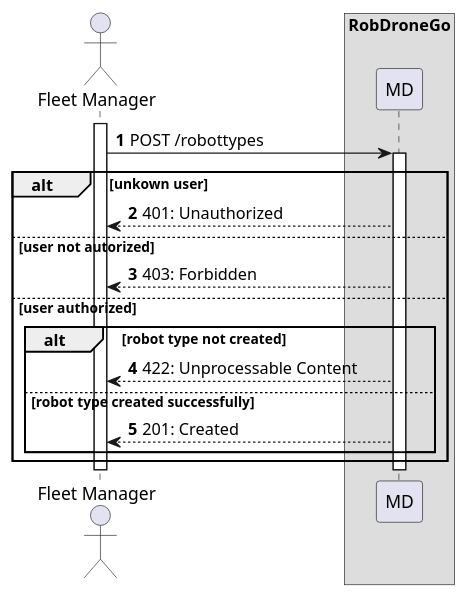
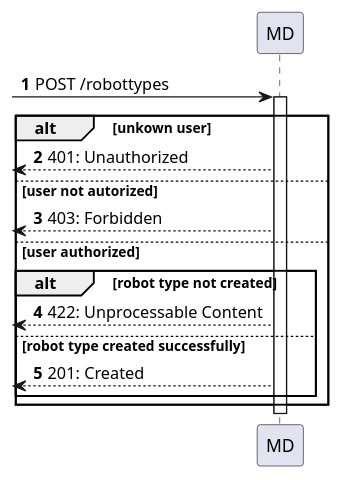
The diagram in docs/us350/level2/process-view.puml (Departamento-de-Engenharia-Informatica/lapr5-23-24-g19), drawn with PlantUML before and after one commit. The commit also changed 5 other files, not shown here.

```diff
--- a/docs/us350/level2/process-view.puml
+++ b/docs/us350/level2/process-view.puml
@@ -1,28 +1,26 @@
 @startuml
 autonumber
 
-actor "Fleet Manager" as actor
-box "RobDroneGo"
 participant "MD" as mdr
 
-activate actor
 
-    actor -> mdr: POST /robottypes
+
+    [-> mdr: POST /robottypes
 
     activate mdr
     alt unkown user
-        mdr --> actor : 401: Unauthorized
+        [<-- mdr  : 401: Unauthorized
     else user not autorized
-        mdr --> actor : 403: Forbidden
+        [<-- mdr  : 403: Forbidden
     else user authorized
         alt robot type not created
-            mdr --> actor : 422: Unprocessable Content
+            [<-- mdr  : 422: Unprocessable Content
         else robot type created successfully
-            mdr --> actor : 201: Created
+            [<-- mdr  : 201: Created
         end
     end
     deactivate mdr
 
-deactivate actor
+
 
 @enduml
```
